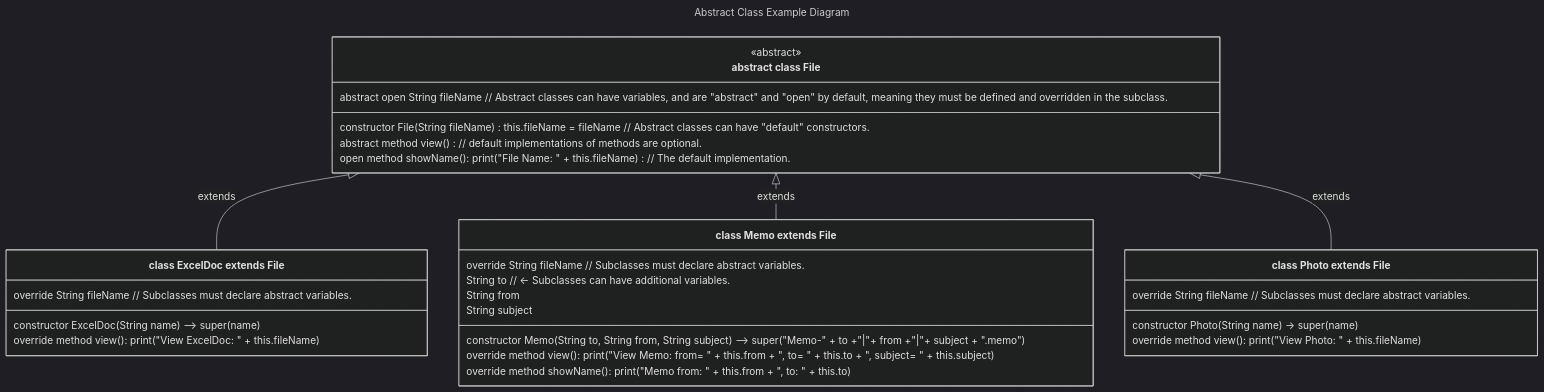
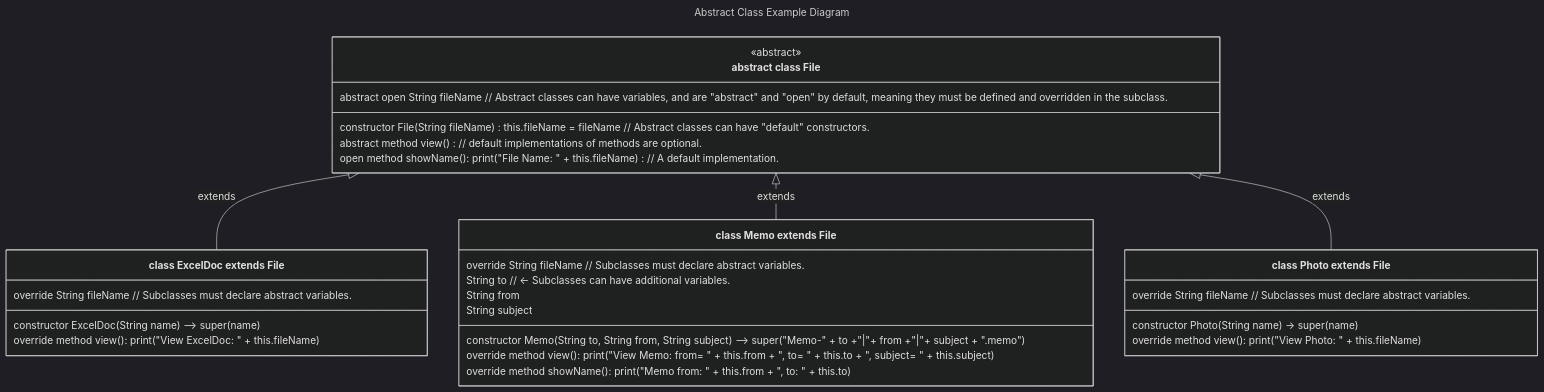
One commit to realityexpander/How_to_program_from_ground_up changed the sixth of 8 diagrams in 09-ClassOrientedProgramming.md. Above: the diagram before and after it, drawn with Mermaid (dark theme).

Commit message:
improve code

````diff
--- a/09-ClassOrientedProgramming.md
+++ b/09-ClassOrientedProgramming.md
@@ -708,47 +708,47 @@
     ```mermaid
     ---
     title: Abstract Class Example Diagram
       
     ---
     classDiagram
     direction TB
     File <|-- ExcelDoc : extends
     File <|-- Memo : extends
     File <|-- Photo : extends
       
     class File["abstract class File"] {
        abstract open String fileName  // Abstract classes can have variables, and are "abstract" and "open" by default, meaning they must be defined and overridden in the subclass.
        
        constructor File(String fileName) this.fileName = fileName // Abstract classes can have "default" constructors.
         
        abstract method view() // default implementations of methods are optional.
-       open method showName(): print("File Name: " + this.fileName) // The default implementation.
+       open method showName(): print("File Name: " + this.fileName) // A default implementation.
     }
     <<abstract>> File 
       
     class ExcelDoc["class ExcelDoc extends File"] {
        override String fileName // Subclasses must declare abstract variables.
     
        constructor ExcelDoc(String name) --> super(name)
     
        override method view(): print("View ExcelDoc: " + this.fileName) 
     }
     class Photo["class Photo extends File"] {
        override String fileName // Subclasses must declare abstract variables.
     
        constructor Photo(String name) -> super(name)
        
        override method view(): print("View Photo: " + this.fileName)
     }
     class Memo["class Memo extends File"] {
        override String fileName //  Subclasses must declare abstract variables.
        String to  // <- Subclasses can have additional variables.
        String from
        String subject
     
        constructor Memo(String to, String from, String subject) --> super("Memo-" + to +"|"+ from +"|"+ subject + ".memo")
        
        override method view(): print("View Memo: from= " + this.from + ", to= " + this.to + ", subject= " + this.subject) 
        override method showName(): print("Memo from: " + this.from + ", to: " + this.to)
     }
     ```
````
